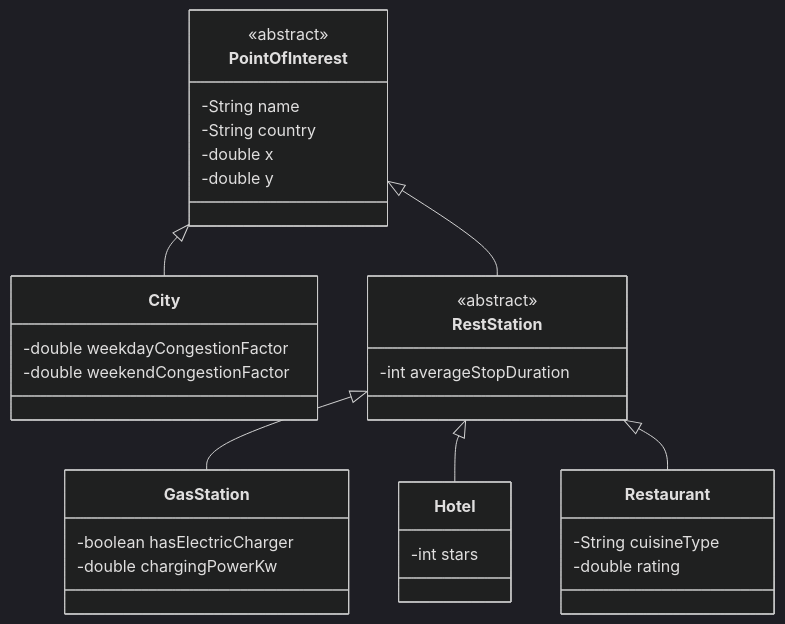
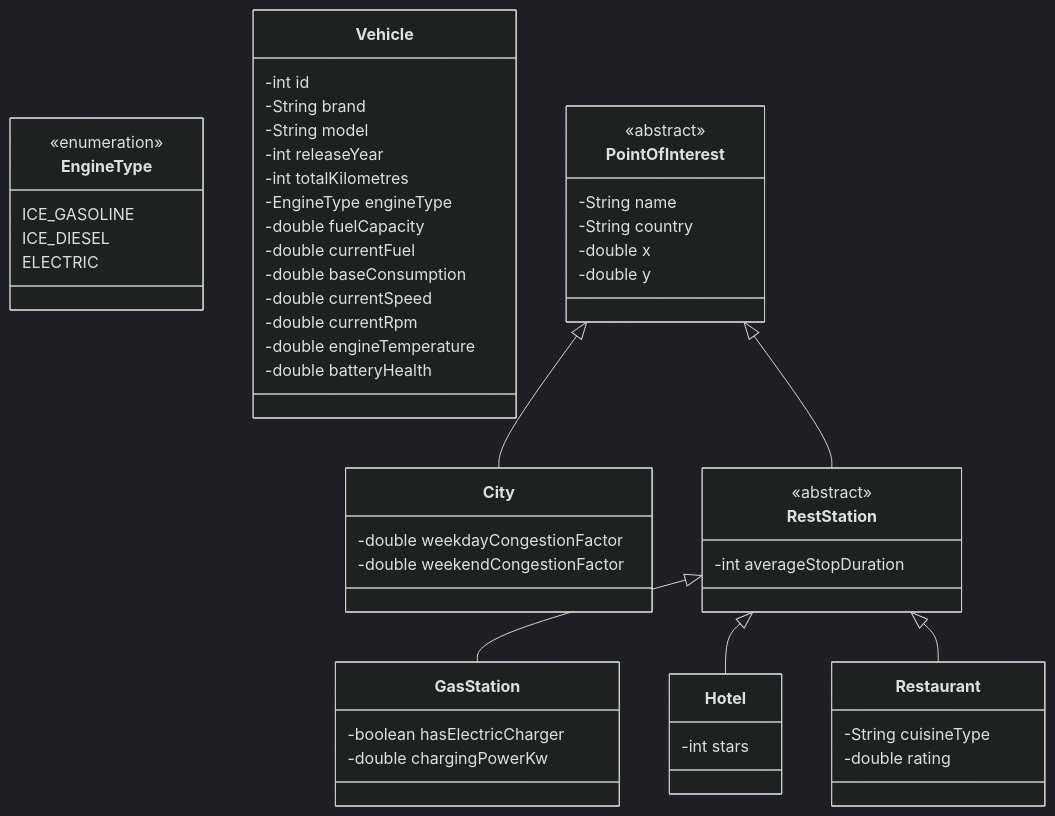
One commit to alebalatici/DigitalDashboardFX changed the diagram in README.md. Above: the diagram before and after it, drawn with Mermaid (dark theme).

Commit message:
Update README with domain model and class hierarchy
Added domain model and class hierarchy for vehicles and points of interest.

````diff
--- a/README.md
+++ b/README.md
@@ -28,45 +28,63 @@
 ```mermaid
 classDiagram
-    %% Clasa Abstractă Rădăcină
+    class EngineType {
+        <<enumeration>>
+        ICE_GASOLINE
+        ICE_DIESEL
+        ELECTRIC
+    }
+
+    class Vehicle {
+        -int id
+        -String brand
+        -String model
+        -int releaseYear
+        -int totalKilometres
+        -EngineType engineType
+        -double fuelCapacity
+        -double currentFuel
+        -double baseConsumption
+        -double currentSpeed
+        -double currentRpm
+        -double engineTemperature
+        -double batteryHealth
+    }
+
     class PointOfInterest {
         <<abstract>>
         -String name
         -String country
         -double x
         -double y
     }
 
-    %% Clasa derivată direct din PointOfInterest
     class City {
         -double weekdayCongestionFactor
         -double weekendCongestionFactor
     }
 
-    %% Clasa Abstractă Intermediară
     class RestStation {
         <<abstract>>
         -int averageStopDuration
     }
 
-    %% Clasele derivate din RestStation
     class GasStation {
         -boolean hasElectricCharger
         -double chargingPowerKw
     }
 
     class Hotel {
         -int stars
     }
 
     class Restaurant {
         -String cuisineType
         -double rating
     }
 
-    %% Relațiile de Moștenire (Extends)
     PointOfInterest <|-- City
     PointOfInterest <|-- RestStation
     RestStation <|-- GasStation
     RestStation <|-- Hotel
     RestStation <|-- Restaurant
 ```
````
